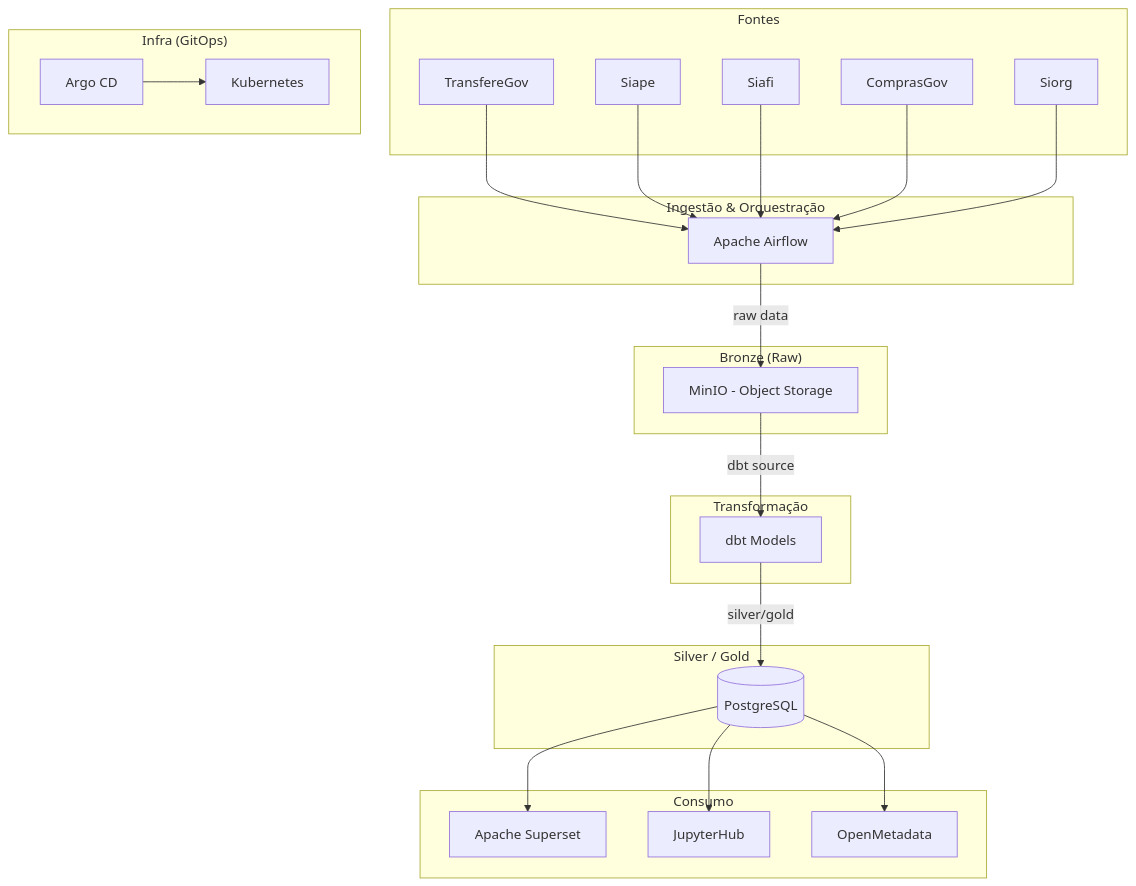
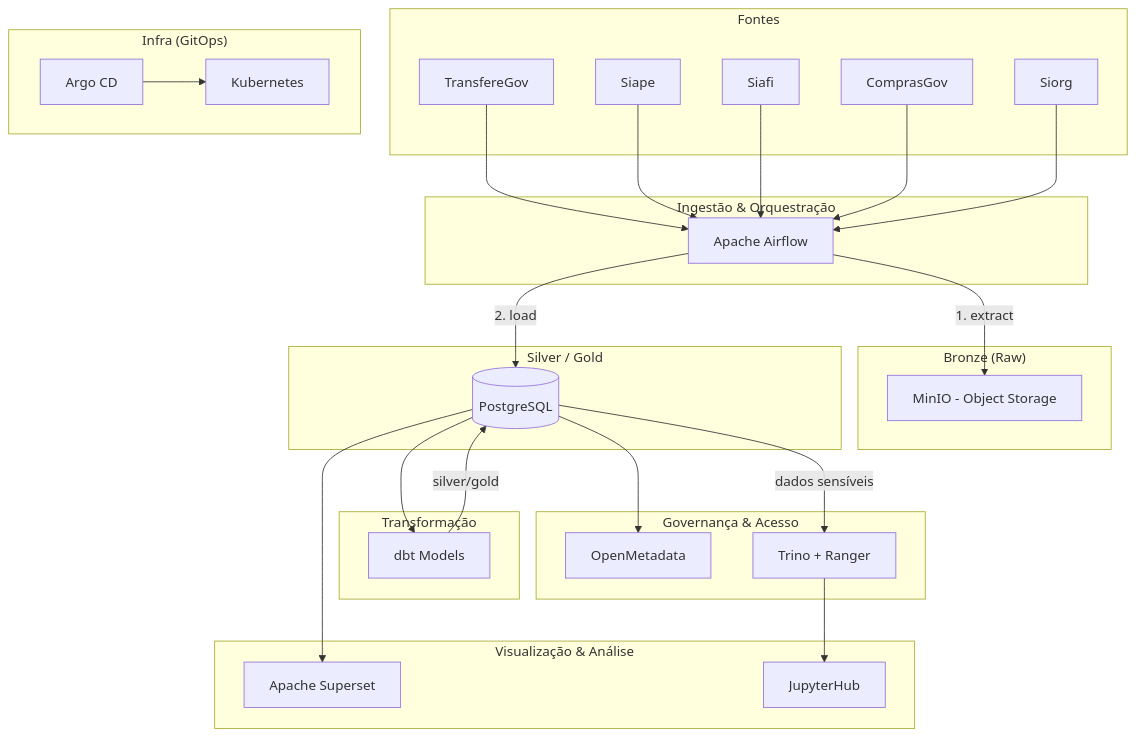
Before and after one commit to RochaCarla/doc-bp: the diagram in docs/arquitetura/visao-geral.md, drawn with Mermaid. The commit also changed other lines of this file and 28 other files, not shown here.

````diff
--- a/docs/arquitetura/visao-geral.md
+++ b/docs/arquitetura/visao-geral.md
@@ -7,50 +7,56 @@
 ```mermaid
 graph TB
     subgraph "Fontes"
         TG[TransfereGov]
         SI[Siape]
         SF[Siafi]
         CG[ComprasGov]
         SO[Siorg]
     end
 
     subgraph "Ingestão & Orquestração"
         AF[Apache Airflow]
     end
 
     subgraph "Bronze (Raw)"
         MN[MinIO - Object Storage]
     end
 
     subgraph "Silver / Gold"
         PG[(PostgreSQL)]
     end
 
     subgraph "Transformação"
         DBT[dbt Models]
     end
 
-    subgraph "Consumo"
+    subgraph "Visualização & Análise"
         SS[Apache Superset]
         JH[JupyterHub]
+    end
+
+    subgraph "Governança & Acesso"
         OM[OpenMetadata]
+        TR[Trino + Ranger]
     end
 
     subgraph "Infra (GitOps)"
         ARGO[Argo CD]
         K8S[Kubernetes]
     end
 
     TG --> AF
     SI --> AF
     SF --> AF
     CG --> AF
     SO --> AF
-    AF -->|raw data| MN
-    MN -->|dbt source| DBT
-    DBT -->|silver/gold| PG
+    AF -->|"1. extract"| MN
+    AF -->|"2. load"| PG
+    PG --> DBT
+    DBT -->|"silver/gold"| PG
     PG --> SS
-    PG --> JH
+    PG -->|"dados sensíveis"| TR
+    TR --> JH
     PG --> OM
     ARGO --> K8S
 ```
````
